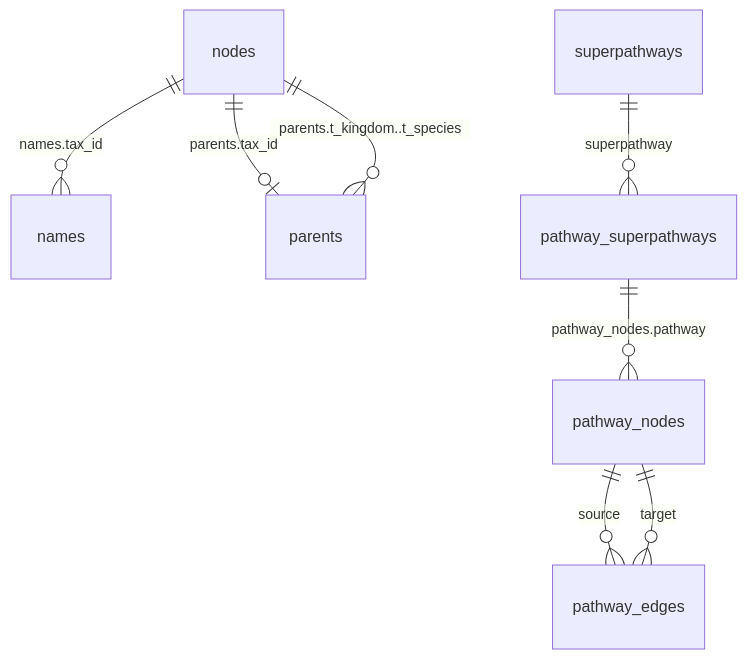
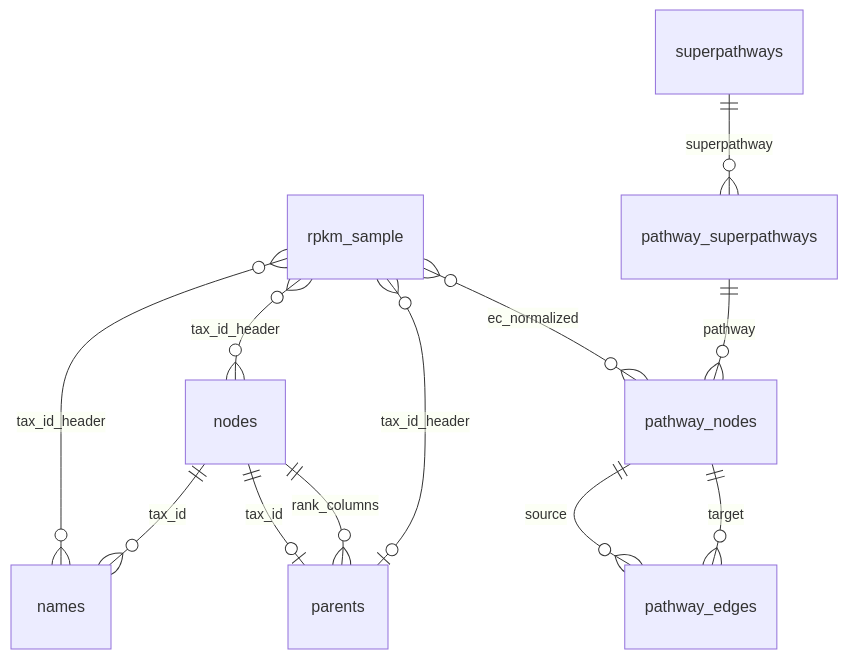
The diagram in docs/superpowers/specs/2026-06-11-exploratory-analysis-design.md (ParkinsonLab/metapro-data-vis), drawn with Mermaid before and after one commit. The commit also changed other lines of this file, not shown here.

First line of the commit message:
docs: combine ER diagrams into single logical model

````diff
--- a/docs/superpowers/specs/2026-06-11-exploratory-analysis-design.md
+++ b/docs/superpowers/specs/2026-06-11-exploratory-analysis-design.md
@@ -234,10 +236,14 @@
 ```mermaid
 erDiagram
-    nodes ||--o{ names : "names.tax_id"
-    nodes ||--o| parents : "parents.tax_id"
-    nodes ||--o{ parents : "parents.t_kingdom..t_species"
+    rpkm_sample }o--o{ names : "tax_id_header"
+    rpkm_sample }o--o{ nodes : "tax_id_header"
+    rpkm_sample }o--o| parents : "tax_id_header"
+    rpkm_sample }o--o{ pathway_nodes : "ec_normalized"
+    nodes ||--o{ names : "tax_id"
+    nodes ||--o| parents : "tax_id"
+    nodes ||--o{ parents : "rank_columns"
     pathway_nodes ||--o{ pathway_edges : "source"
     pathway_nodes ||--o{ pathway_edges : "target"
+    pathway_superpathways ||--o{ pathway_nodes : "pathway"
     superpathways ||--o{ pathway_superpathways : "superpathway"
-    pathway_superpathways ||--o{ pathway_nodes : "pathway_nodes.pathway"
 ```
````
